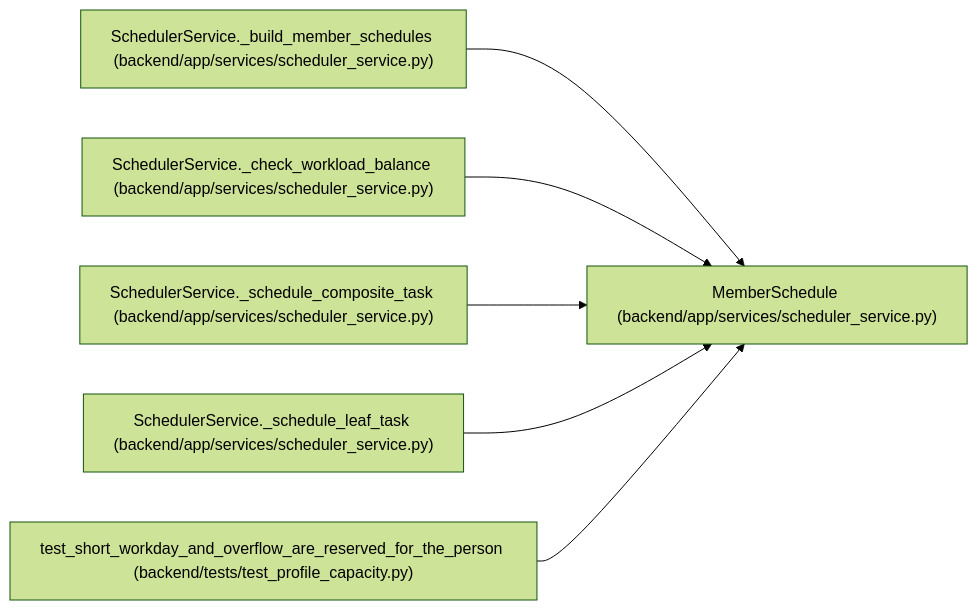
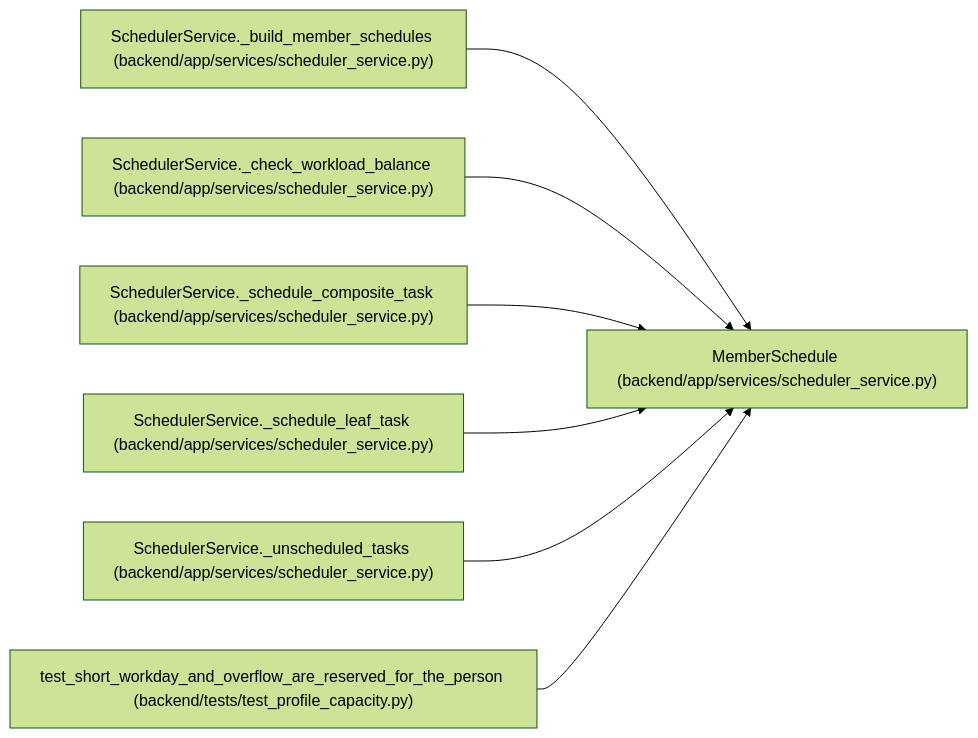
Before and after one commit to Denissvgn/WorkChord: the diagram in docs/llm_wiki/entities/MemberSchedule.md, drawn with Mermaid (forest theme). The commit also changed other lines of this file and 509 other files, not shown here.

````diff
--- a/docs/llm_wiki/entities/MemberSchedule.md
+++ b/docs/llm_wiki/entities/MemberSchedule.md
@@ -56,20 +56,23 @@
 ```mermaid
 flowchart LR
     n0["MemberSchedule (backend/app/services/scheduler_service.py)"]
     n1["SchedulerService._build_member_schedules (backend/app/services/scheduler_service.py)"]
     n2["SchedulerService._check_workload_balance (backend/app/services/scheduler_service.py)"]
     n3["SchedulerService._schedule_composite_task (backend/app/services/scheduler_service.py)"]
     n4["SchedulerService._schedule_leaf_task (backend/app/services/scheduler_service.py)"]
-    n5["test_short_workday_and_overflow_are_reserved_for_the_person (backend/tests/test_profile_capacity.py)"]
+    n5["SchedulerService._unscheduled_tasks (backend/app/services/scheduler_service.py)"]
+    n6["test_short_workday_and_overflow_are_reserved_for_the_person (backend/tests/test_profile_capacity.py)"]
     n1 --> n0
     n2 --> n0
     n3 --> n0
     n4 --> n0
     n5 --> n0
+    n6 --> n0
     click n0 "../modules/scheduler_service.md"
     click n1 "../modules/scheduler_service.md"
     click n2 "../modules/scheduler_service.md"
     click n3 "../modules/scheduler_service.md"
     click n4 "../modules/scheduler_service.md"
-    click n5 "../modules/test_profile_capacity.md"
+    click n5 "../modules/scheduler_service.md"
+    click n6 "../modules/test_profile_capacity.md"
 ```
````
